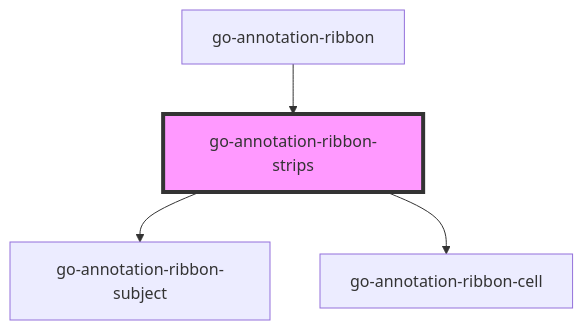
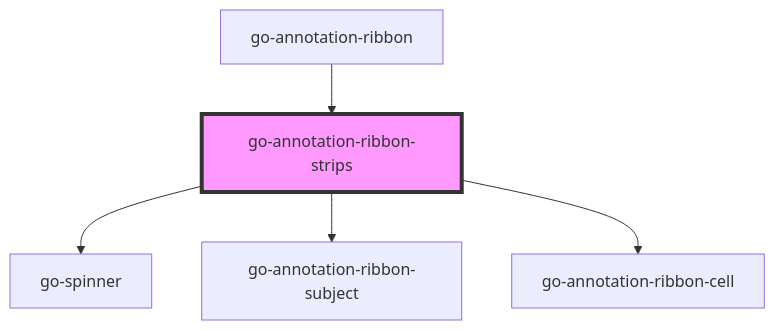
Before and after one commit to geneontology/web-components: the diagram in src/components/annotation-ribbon-strips/readme.md, drawn with Mermaid. The commit also changed other lines of this file and 8 other files, not shown here.

````diff
--- a/src/components/annotation-ribbon-strips/readme.md
+++ b/src/components/annotation-ribbon-strips/readme.md
@@ -84,7 +85,8 @@
 ```mermaid
 graph TD;
+  go-annotation-ribbon-strips --> go-spinner
   go-annotation-ribbon-strips --> go-annotation-ribbon-subject
   go-annotation-ribbon-strips --> go-annotation-ribbon-cell
   go-annotation-ribbon --> go-annotation-ribbon-strips
   style go-annotation-ribbon-strips fill:#f9f,stroke:#333,stroke-width:4px
 ```
````
